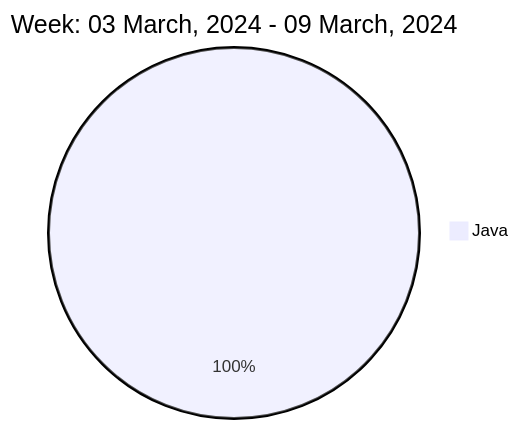
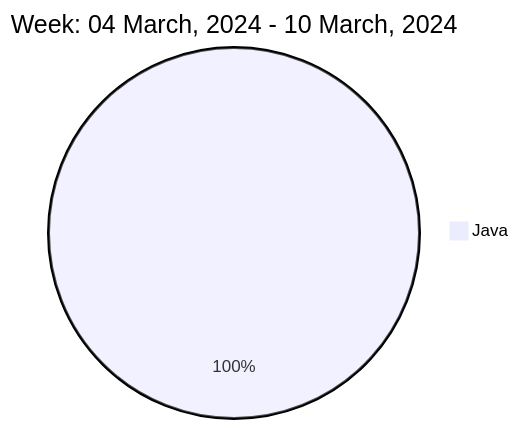
The diagram in README.md (liubin95/liubin95), drawn with Mermaid before and after one commit.

Commit message:
Updated the Graph with new Metrics

````diff
--- a/README.md
+++ b/README.md
@@ -37,5 +37,5 @@
 ```mermaid
  pie
-title Week: 03 March, 2024 - 09 March, 2024
- "Java" : 6.82
+title Week: 04 March, 2024 - 10 March, 2024
+ "Java" : 6.35
 ```
````
